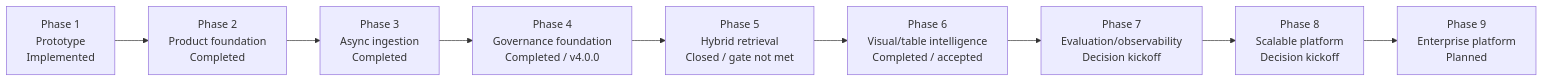
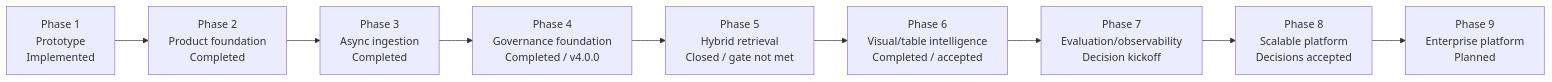
One commit to mvyas412/ai-projects changed the second of 11 diagrams in mm-rag-full-stack-genai-bootcamp-3.0/docs/architecture/ARCHITECTURE.md. Above: the diagram before and after it, drawn with Mermaid. The commit also changed other lines of this file and 7 other files, not shown here.

Commit message:
docs(mm-rag): accept Phase 8 OCI decisions

````diff
--- a/mm-rag-full-stack-genai-bootcamp-3.0/docs/architecture/ARCHITECTURE.md
+++ b/mm-rag-full-stack-genai-bootcamp-3.0/docs/architecture/ARCHITECTURE.md
@@ -186,12 +186,12 @@
 ```mermaid
 flowchart LR
     p1["Phase 1<br/>Prototype<br/>Implemented"] -->
     p2["Phase 2<br/>Product foundation<br/>Completed"] -->
     p3["Phase 3<br/>Async ingestion<br/>Completed"] -->
     p4["Phase 4<br/>Governance foundation<br/>Completed / v4.0.0"] -->
     p5["Phase 5<br/>Hybrid retrieval<br/>Closed / gate not met"] -->
     p6["Phase 6<br/>Visual/table intelligence<br/>Completed / accepted"] -->
     p7["Phase 7<br/>Evaluation/observability<br/>Decision kickoff"] -->
-    p8["Phase 8<br/>Scalable platform<br/>Decision kickoff"] -->
+    p8["Phase 8<br/>Scalable platform<br/>Decisions accepted"] -->
     p9["Phase 9<br/>Enterprise platform<br/>Planned"]
 ```
````
